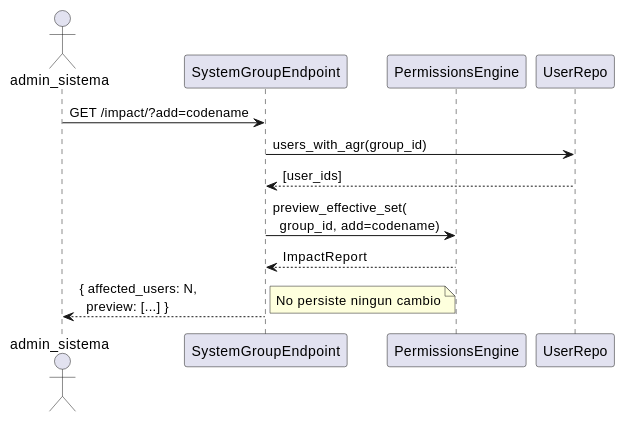
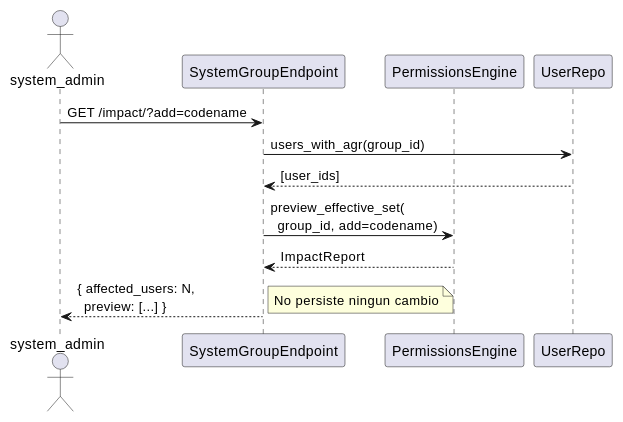
One commit to jcg-admin/IACT-docs changed the diagram in source/requisitos/casos-uso/admin/uc-adm-03/diagramas-uml/impacto.rst. Above: the diagram before and after it, drawn with PlantUML. The commit also changed 43 other files, not shown here.

```diff
--- a/source/requisitos/casos-uso/admin/uc-adm-03/diagramas-uml/impacto.rst
+++ b/source/requisitos/casos-uso/admin/uc-adm-03/diagramas-uml/impacto.rst
@@ -4,16 +4,16 @@
 .. uml::
 
  @startuml
- actor "admin_sistema" as admin
+ actor "system_admin" as admin
  participant "SystemGroupEndpoint" as ENDPOINT_GRUPOS_SISTEMA
  participant "PermissionsEngine" as MODULO_ETL
  participant "UserRepo" as REPOSITORIO_USUARIO
 
  admin -> ENDPOINT_GRUPOS_SISTEMA : GET /impact/?add=codename
  ENDPOINT_GRUPOS_SISTEMA -> REPOSITORIO_USUARIO : users_with_agr(group_id)
  REPOSITORIO_USUARIO --> ENDPOINT_GRUPOS_SISTEMA : [user_ids]
  ENDPOINT_GRUPOS_SISTEMA -> MODULO_ETL : preview_effective_set(\n  group_id, add=codename)
  MODULO_ETL --> ENDPOINT_GRUPOS_SISTEMA : ImpactReport
  ENDPOINT_GRUPOS_SISTEMA --> admin : { affected_users: N,\n  preview: [...] }
  note right : No persiste ningun cambio
  @enduml
```
